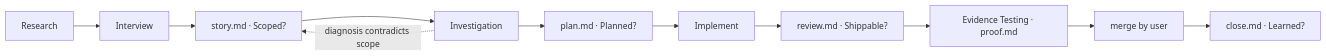
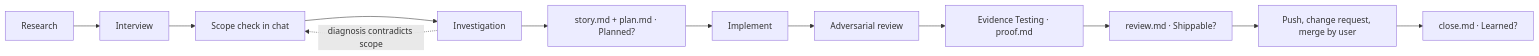
Before and after one commit to alexradunet/forge-engineering: the diagram in plugins/forge/skills/ticket/SKILL.md, drawn with Mermaid. The commit also changed other lines of this file and 54 other files, not shown here.

````diff
--- a/plugins/forge/skills/ticket/SKILL.md
+++ b/plugins/forge/skills/ticket/SKILL.md
@@ -86,6 +87,7 @@
 ```mermaid
 flowchart LR
-  S[Research] --> A[Interview] --> SC[story.md · Scoped?] --> D[Investigation] --> P[plan.md · Planned?]
-  P --> I[Implement] --> R[review.md · Shippable?] --> E[Evidence Testing · proof.md] --> M[merge by user] --> C[close.md · Learned?]
+  S[Research] --> A[Interview] --> SC[Scope check in chat] --> D[Investigation] --> P[story.md + plan.md · Planned?]
+  P --> I[Implement] --> AR[Adversarial review] --> E[Evidence Testing · proof.md] --> R[review.md · Shippable?]
+  R --> M[Push, change request, merge by user] --> C[close.md · Learned?]
   D -. diagnosis contradicts scope .-> SC
 ```
````
